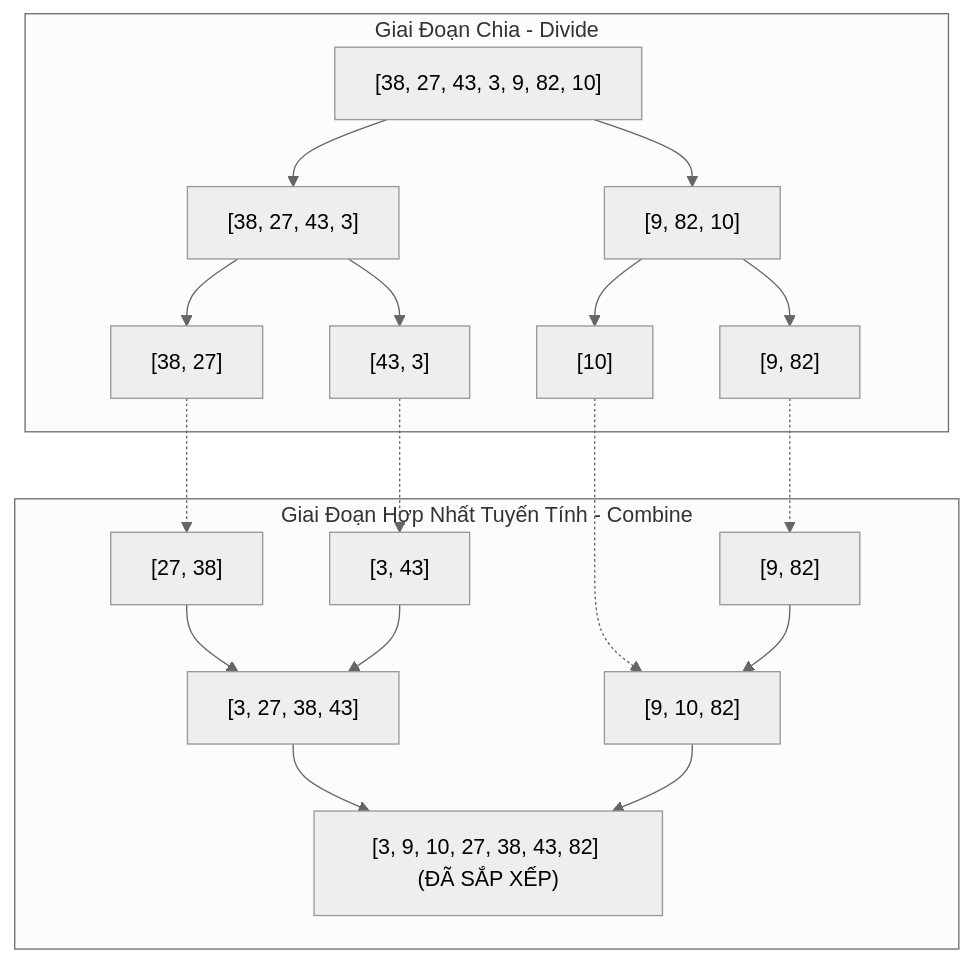
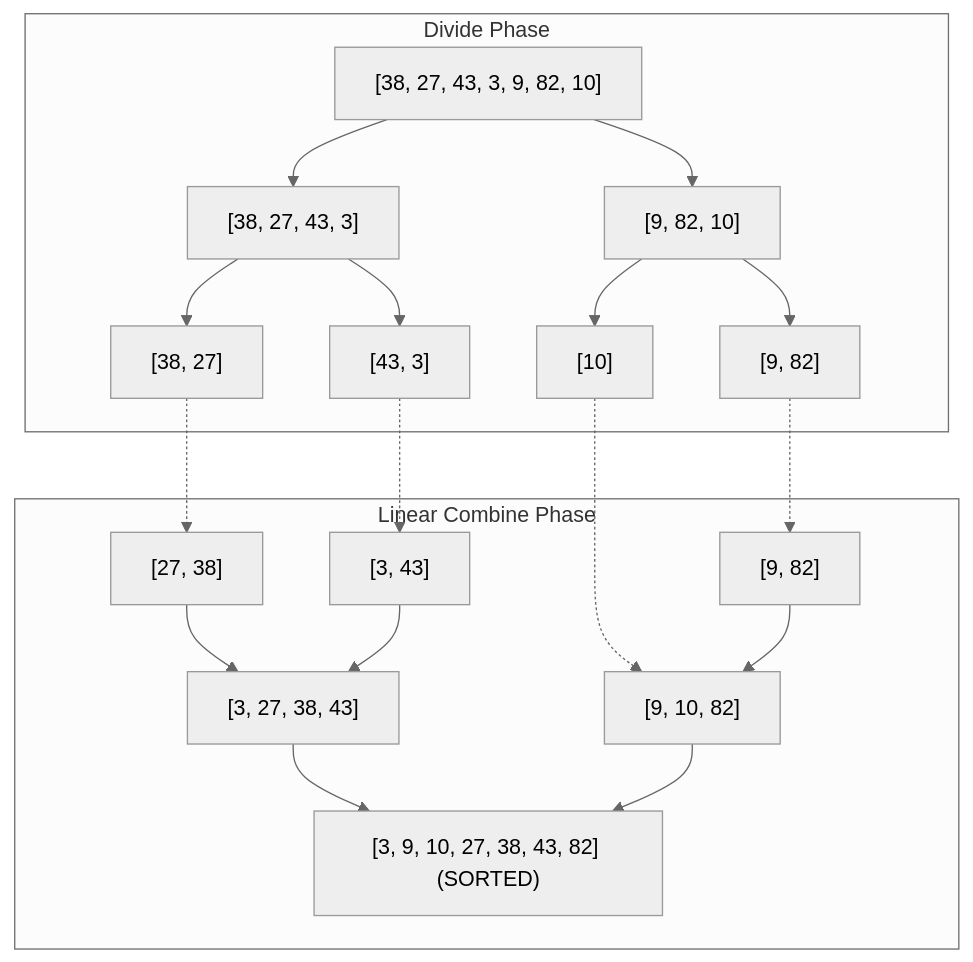
One commit to ga2631/ga2631.github.io changed the diagram in src/data/blog/en/36-2026-06-11-divide-and-conquer-strategy-master-theorem-mergesort-cpp.md. Above: the diagram before and after it, drawn with Mermaid (neutral theme). The commit also changed other lines of this file and 74 other files, not shown here.

````diff
--- a/src/data/blog/en/36-2026-06-11-divide-and-conquer-strategy-master-theorem-mergesort-cpp.md
+++ b/src/data/blog/en/36-2026-06-11-divide-and-conquer-strategy-master-theorem-mergesort-cpp.md
@@ -51,37 +51,37 @@
 ```mermaid
 graph TD
-    subgraph DividePhase [Giai Đoạn Chia - Divide]
+    subgraph DividePhase [Divide Phase]
         Root["[38, 27, 43, 3, 9, 82, 10]"]
         L1["[38, 27, 43, 3]"]
         R1["[9, 82, 10]"]
         L2_1["[38, 27]"]
         L2_2["[43, 3]"]
         R2_1["[9, 82]"]
         R2_2["[10]"]
         Root --> L1
         Root --> R1
         L1 --> L2_1
         L1 --> L2_2
         R1 --> R2_1
         R1 --> R2_2
     end
 
-    subgraph CombinePhase [Giai Đoạn Hợp Nhất Tuyến Tính - Combine]
+    subgraph CombinePhase [Linear Combine Phase]
         M1["[27, 38]"]
         M2["[3, 43]"]
         M3["[9, 82]"]
         M4["[3, 27, 38, 43]"]
         M5["[9, 10, 82]"]
-        FinalSorted["[3, 9, 10, 27, 38, 43, 82] (ĐÃ SẮP XẾP)"]
+        FinalSorted["[3, 9, 10, 27, 38, 43, 82] (SORTED)"]
 
         L2_1 -.-> M1
         L2_2 -.-> M2
         M1 --> M4
         M2 --> M4
         R2_1 -.-> M3
         R2_2 -.-> M5
         M3 --> M5
         M4 --> FinalSorted
         M5 --> FinalSorted
     end
 ```
````
